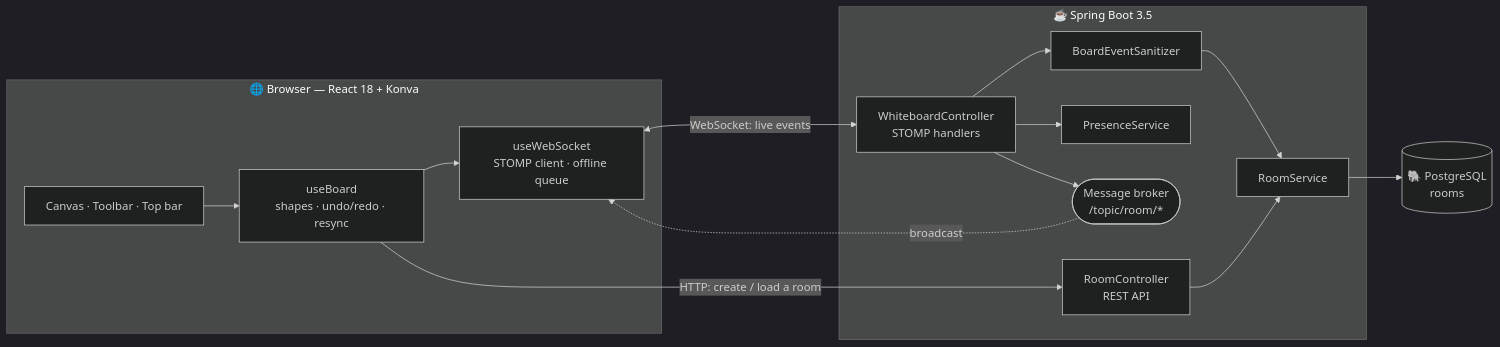
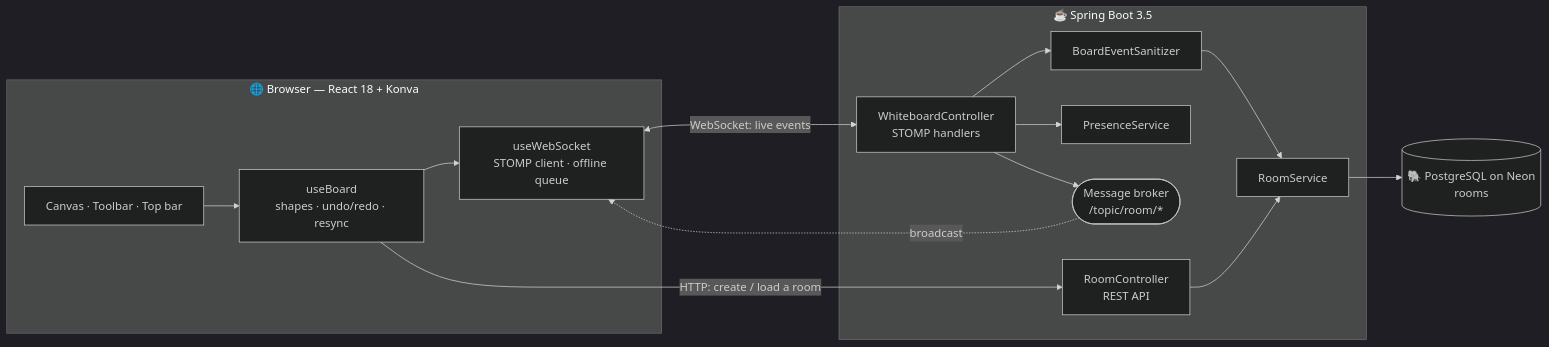
Before and after one commit to saurabhshreni-cmyk/CollabBoard: the second of 3 diagrams in README.md, drawn with Mermaid (dark theme). The commit also changed other lines of this file, not shown here.

Commit message:
docs: README shows the Render + Neon deployment

````diff
--- a/README.md
+++ b/README.md
@@ -122,29 +123,29 @@
 ```mermaid
 flowchart LR
     subgraph Browser["🌐 Browser — React 18 + Konva"]
         UI["Canvas · Toolbar · Top bar"]
         Board["useBoard<br/>shapes · undo/redo · resync"]
         WS["useWebSocket<br/>STOMP client · offline queue"]
         UI --> Board --> WS
     end
 
     subgraph Server["☕ Spring Boot 3.5"]
         REST["RoomController<br/>REST API"]
         RT["WhiteboardController<br/>STOMP handlers"]
         San["BoardEventSanitizer"]
         Svc["RoomService"]
         Pres["PresenceService"]
         Broker(["Message broker<br/>/topic/room/*"])
         RT --> San --> Svc
         RT --> Pres
         REST --> Svc
         RT --> Broker
     end
 
-    DB[("🐘 PostgreSQL<br/>rooms")]
+    DB[("🐘 PostgreSQL on Neon<br/>rooms")]
 
     Board -- "HTTP: create / load a room" --> REST
     WS <-- "WebSocket: live events" --> RT
     Broker -. "broadcast" .-> WS
     Svc --> DB
 ```
````
